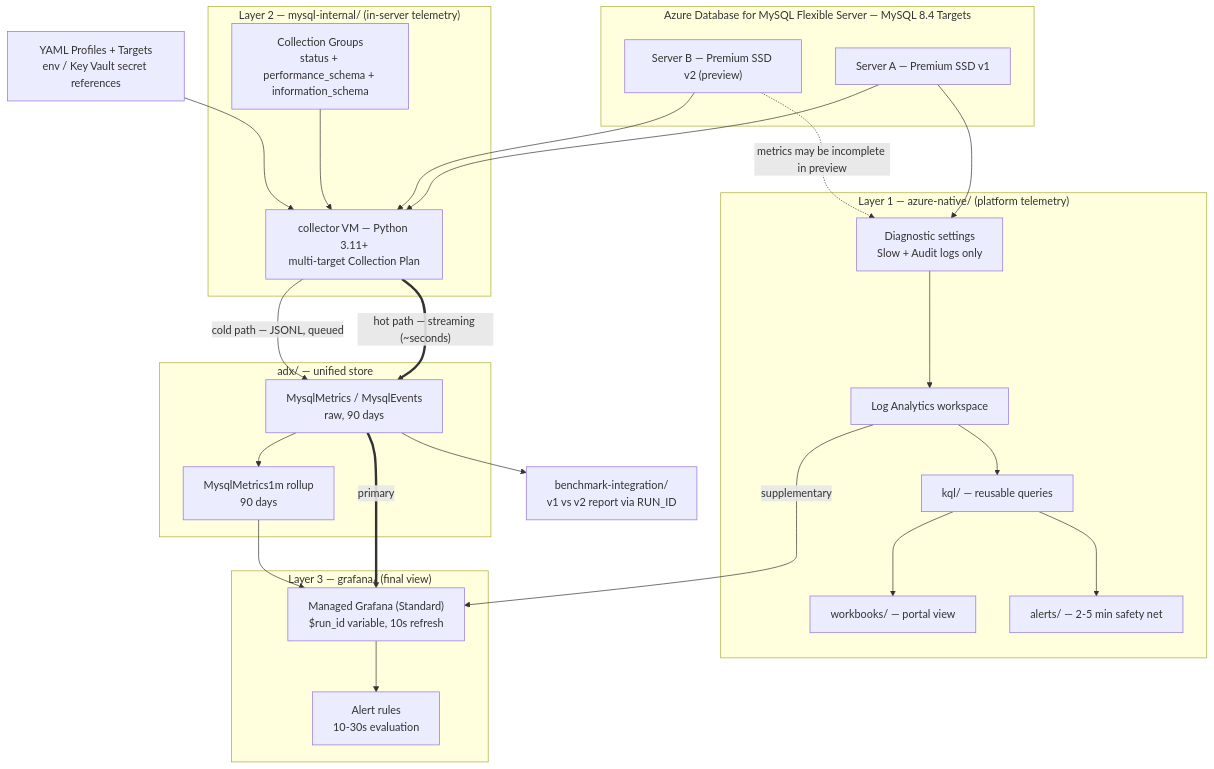
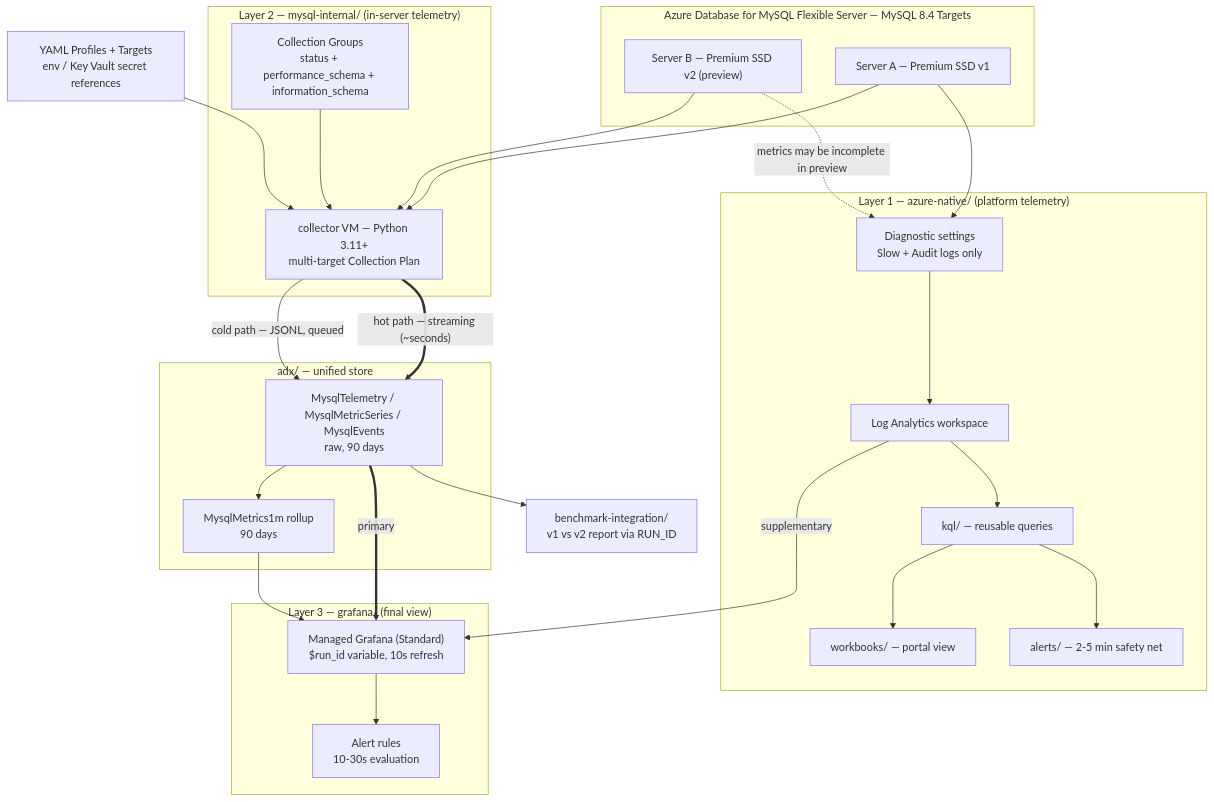
The diagram in README.md (DalBamS/azure-mysql-monitoring), drawn with Mermaid before and after one commit. The commit also changed other lines of this file and 9 other files, not shown here.

First line of the commit message:
Add architecture and benchmark reporting

````diff
--- a/README.md
+++ b/README.md
@@ -29,55 +30,55 @@
 ```mermaid
 flowchart TB
     subgraph AZ["Azure Database for MySQL Flexible Server — MySQL 8.4 Targets"]
         SRV1["Server A — Premium SSD v1"]
         SRV2["Server B — Premium SSD v2 (preview)"]
     end
 
     subgraph L1["Layer 1 — azure-native/ (platform telemetry)"]
         DIAG["Diagnostic settings<br/>Slow + Audit logs only"]
         LAW["Log Analytics workspace"]
         KQL["kql/ — reusable queries"]
         WB["workbooks/ — portal view"]
         AL["alerts/ — 2-5 min safety net"]
     end
 
     subgraph L2["Layer 2 — mysql-internal/ (in-server telemetry)"]
         COL["collector VM — Python 3.11+<br/>multi-target Collection Plan"]
         SQL["Collection Groups<br/>status + performance_schema + information_schema"]
     end
 
     subgraph ST["adx/ — unified store"]
-        RAW["MysqlMetrics / MysqlEvents<br/>raw, 90 days"]
+        RAW["MysqlTelemetry / MysqlMetricSeries / MysqlEvents<br/>raw, 90 days"]
         MV["MysqlMetrics1m rollup<br/>90 days"]
         RAW --> MV
     end
 
     subgraph L3["Layer 3 — grafana/ (final view)"]
         DASH["Managed Grafana (Standard)<br/>$run_id variable, 10s refresh"]
         GAL["Alert rules<br/>10-30s evaluation"]
     end
 
     ENV["YAML Profiles + Targets<br/>env / Key Vault secret references"]
 
     SRV1 --> DIAG
     SRV2 -. "metrics may be incomplete in preview" .-> DIAG
     DIAG --> LAW
     LAW --> KQL
     KQL --> WB
     KQL --> AL
 
     SRV1 --> COL
     SRV2 --> COL
     SQL --> COL
     ENV --> COL
 
     COL ==> |"hot path — streaming (~seconds)"| RAW
     COL --> |"cold path — JSONL, queued"| RAW
 
     RAW ==> |primary| DASH
     MV --> DASH
     LAW --> |supplementary| DASH
     DASH --> GAL
 
     RAW --> BI["benchmark-integration/<br/>v1 vs v2 report via RUN_ID"]
 ```
````
